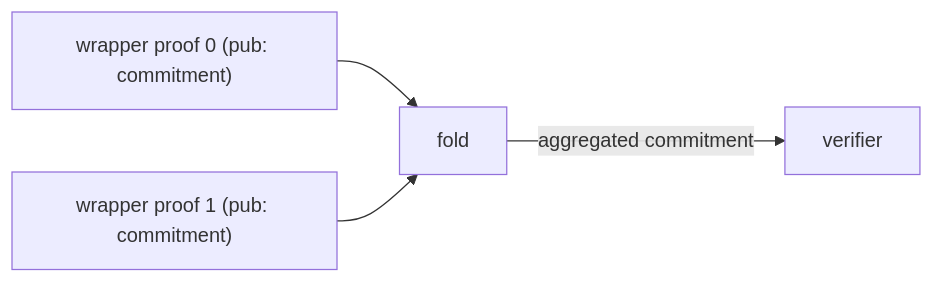
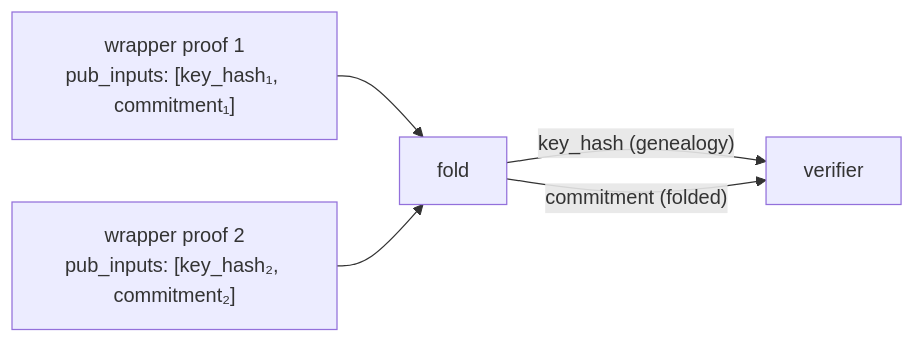
Before and after one commit to gnosisguild/enclave: the diagram in circuits/bin/recursive_aggregation/fold/README.md, drawn with Mermaid. The commit also changed other lines of this file and 1 other file, not shown here.

````diff
--- a/circuits/bin/recursive_aggregation/fold/README.md
+++ b/circuits/bin/recursive_aggregation/fold/README.md
@@ -32,6 +63,7 @@
 ```mermaid
 flowchart LR
-    W0["wrapper proof 0 (pub: commitment)"] --> F["fold"]
-    W1["wrapper proof 1 (pub: commitment)"] --> F
-    F -->|"aggregated commitment"| Out["verifier"]
+    W0["wrapper proof 1\npub_inputs: [key_hash₁, commitment₁]"] --> F["fold"]
+    W1["wrapper proof 2\npub_inputs: [key_hash₂, commitment₂]"] --> F
+    F -->|"key_hash (genealogy)"| Out["verifier"]
+    F -->|"commitment (folded)"| Out
 ```
````
